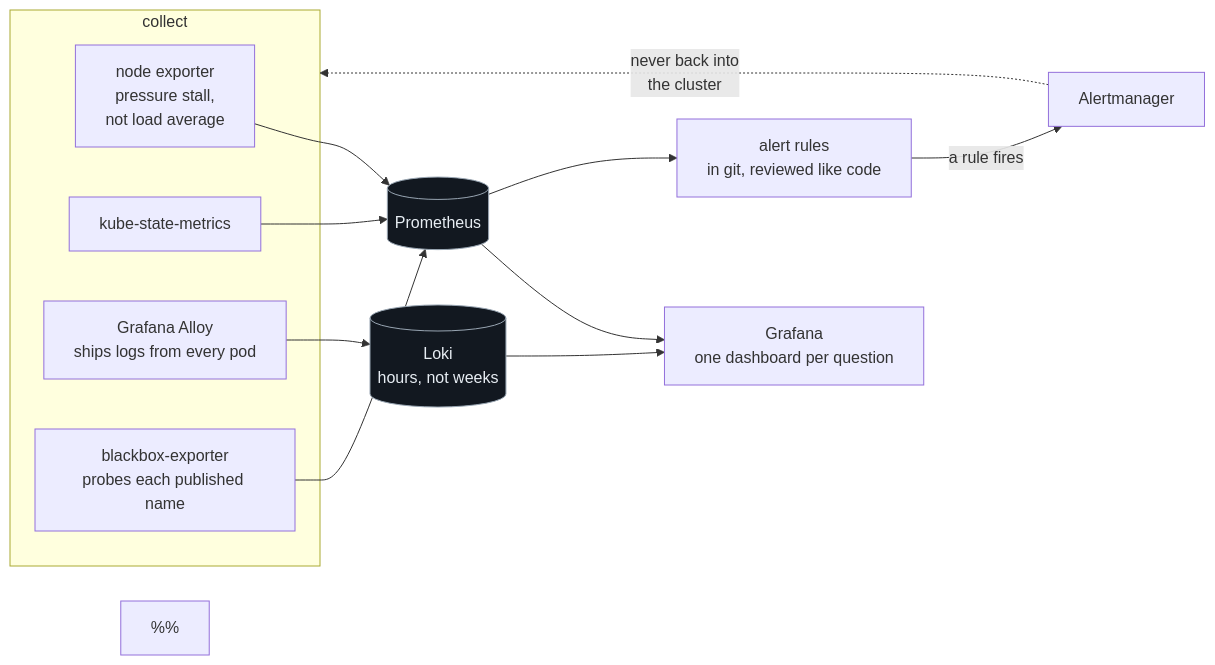
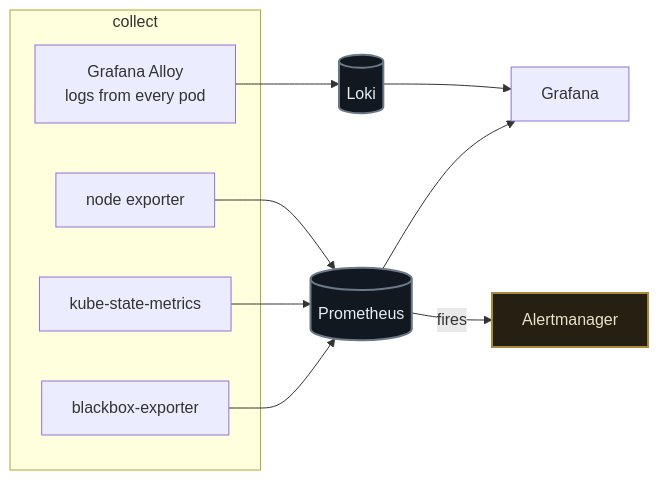
The diagram in documentation/site-diagrams/src/monitoring.mmd (kg6zjl/clusters), drawn with Mermaid before and after one commit. The commit also changed 27 other files, not shown here.

```diff
--- a/documentation/site-diagrams/src/monitoring.mmd
+++ b/documentation/site-diagrams/src/monitoring.mmd
@@ -1,33 +1,33 @@
 flowchart LR
-%% What is measured, and what a measurement is allowed to do about it.
-%%
-%% The solid-versus-dashed split is the part worth taking away. Scraped metrics can raise an
-%% alert; an alert can reach a human or start an investigation. No path from a metric reaches the
-%% cluster's desired state, because a number moving is not an opinion about what the cluster
-%% should be.
+%% What is measured, and where that measurement is allowed to go. Nothing here writes to the
+%% cluster — a number moving is not an opinion about what the cluster should be. Where a firing
+%% alert goes next is the alerting page's story, not this one's.
 
   subgraph collect["collect"]
-    nodeex["node exporter<br/>pressure stall,<br/>not load average"]
+    nodeex["node exporter"]
     kube["kube-state-metrics"]
-    alloy["Grafana Alloy<br/>ships logs from every pod"]
-    blackbox["blackbox-exporter<br/>probes each published name"]
+    blackbox["blackbox-exporter"]
+    alloy["Grafana Alloy<br/>logs from every pod"]
   end
 
   prom[("Prometheus")]
-  loki[("Loki<br/>hours, not weeks")]
-  grafana["Grafana<br/>one dashboard per question"]
-  rules["alert rules<br/>in git, reviewed like code"]
+  loki[("Loki")]
+  grafana["Grafana"]
+  am["Alertmanager"]
 
   nodeex --> prom
   kube --> prom
   blackbox --> prom
   alloy --> loki
+
   loki --> grafana
   prom --> grafana
-  prom --> rules
+  prom -->|"fires"| am
 
-  rules -->|"a rule fires"| am["Alertmanager"]
-  am -.->|"never back into<br/>the cluster"| collect
+  %% Stores are grey and a firing alert is amber. There is no blue here: this page has no gate,
+  %% because the gate — the pull request a human merges — belongs to the alerting page.
+  classDef store fill:#121820,stroke:#6b7885,stroke-width:2px,color:#e7edf3
+  classDef warn fill:#262013,stroke:#a98a3c,stroke-width:2px,color:#ebe1c9
 
-  classDef store fill:#121820,stroke:#98a5b2,color:#e7edf3
   class prom,loki store
+  class am warn
```
